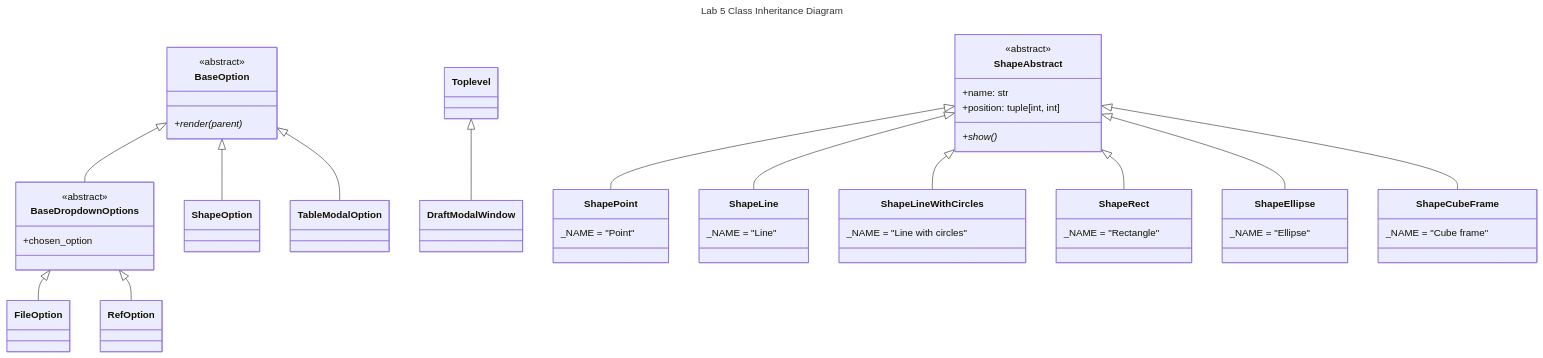
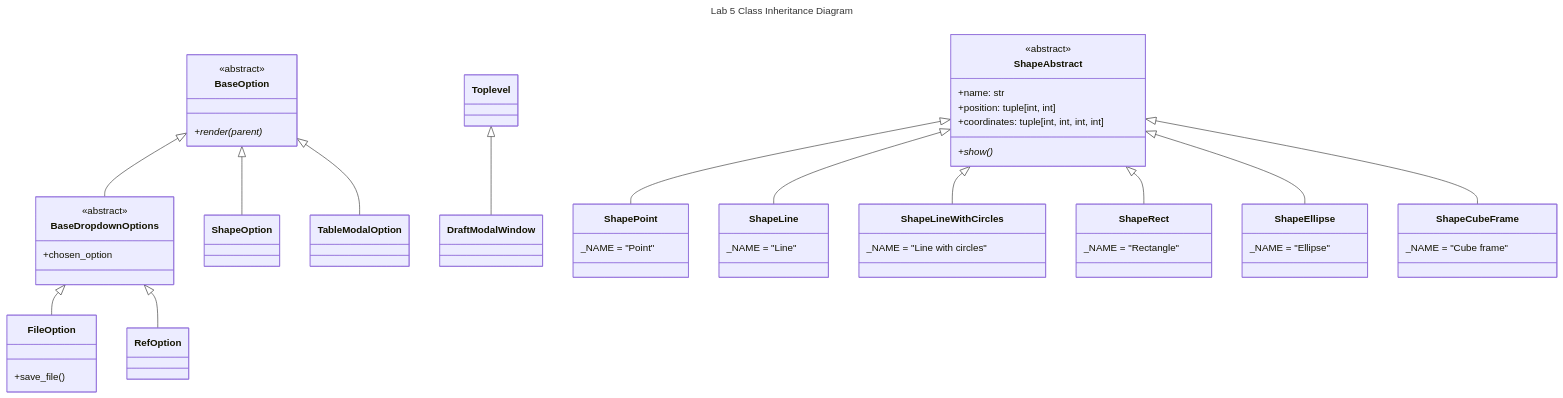
The diagram in lab_5/class-inheritance-diagram.mmd (yeghor/FICE-OOP-Labs), drawn with Mermaid before and after one commit. The commit also changed 9 other files, not shown here.

```diff
--- a/lab_5/class-inheritance-diagram.mmd
+++ b/lab_5/class-inheritance-diagram.mmd
@@ -1,64 +1,67 @@
 ---
 title: Lab 5 Class Inheritance Diagram
 ---
 classDiagram
     class BaseOption {
         <<abstract>>
         +render(parent)*
     }
 
     class BaseDropdownOptions {
         <<abstract>>
         +chosen_option
     }
 
     class ShapeOption
-    class FileOption
+    class FileOption {
+        +save_file()
+    }
     class RefOption
     class TableModalOption
     class DraftModalWindow
 
     BaseOption <|-- BaseDropdownOptions
     BaseOption <|-- ShapeOption
     BaseOption <|-- TableModalOption
     BaseDropdownOptions <|-- FileOption
     BaseDropdownOptions <|-- RefOption
     Toplevel <|-- DraftModalWindow
 
     class ShapeAbstract {
         <<abstract>>
         +name: str
         +position: tuple[int, int]
+        +coordinates: tuple[int, int, int, int]
         +show()*
     }
 
     class ShapePoint {
         _NAME = "Point"
     }
 
     class ShapeLine {
         _NAME = "Line"
     }
 
     class ShapeLineWithCircles {
         _NAME = "Line with circles"
     }
 
     class ShapeRect {
         _NAME = "Rectangle"
     }
 
     class ShapeEllipse {
         _NAME = "Ellipse"
     }
 
     class ShapeCubeFrame {
         _NAME = "Cube frame"
     }
 
     ShapeAbstract <|-- ShapePoint
     ShapeAbstract <|-- ShapeLine
     ShapeAbstract <|-- ShapeLineWithCircles
     ShapeAbstract <|-- ShapeRect
     ShapeAbstract <|-- ShapeEllipse
     ShapeAbstract <|-- ShapeCubeFrame
```
